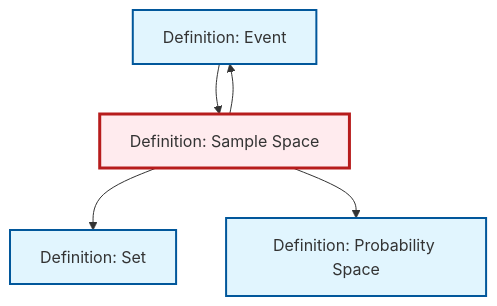
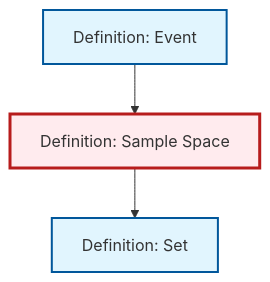
Before and after one commit to RK0429/ModernMath: the diagram in content/en/probability-statistics/def-sample-space.qmd, drawn with Mermaid. The commit also changed 511 other files, not shown here.

````diff
--- a/content/en/probability-statistics/def-sample-space.qmd
+++ b/content/en/probability-statistics/def-sample-space.qmd
@@ -57,22 +57,15 @@
 ```{mermaid}
 %%| fig-cap: "Local dependency graph"
 graph TD
     classDef definition fill:#e1f5fe,stroke:#01579b,stroke-width:2px
     classDef theorem fill:#f3e5f5,stroke:#4a148c,stroke-width:2px
     classDef axiom fill:#fff3e0,stroke:#e65100,stroke-width:2px
     classDef example fill:#e8f5e9,stroke:#1b5e20,stroke-width:2px
     classDef current fill:#ffebee,stroke:#b71c1c,stroke-width:3px
     def-event["Definition: Event"]:::definition
     def-sample-space["Definition: Sample Space"]:::definition
     def-set["Definition: Set"]:::definition
-    def-probability-space["Definition: Probability Space"]:::definition
     def-sample-space --> def-set
-    def-sample-space --> def-event
     def-event --> def-sample-space
-    def-sample-space --> def-probability-space
     class def-sample-space current
-
-    click def-event "def-event.html" "Go to Event definition"
-    click def-set "def-set.html" "Go to Set definition"
-    click def-probability-space "def-probability-space.html" "Go to Probability Space definition"
 ```
````
